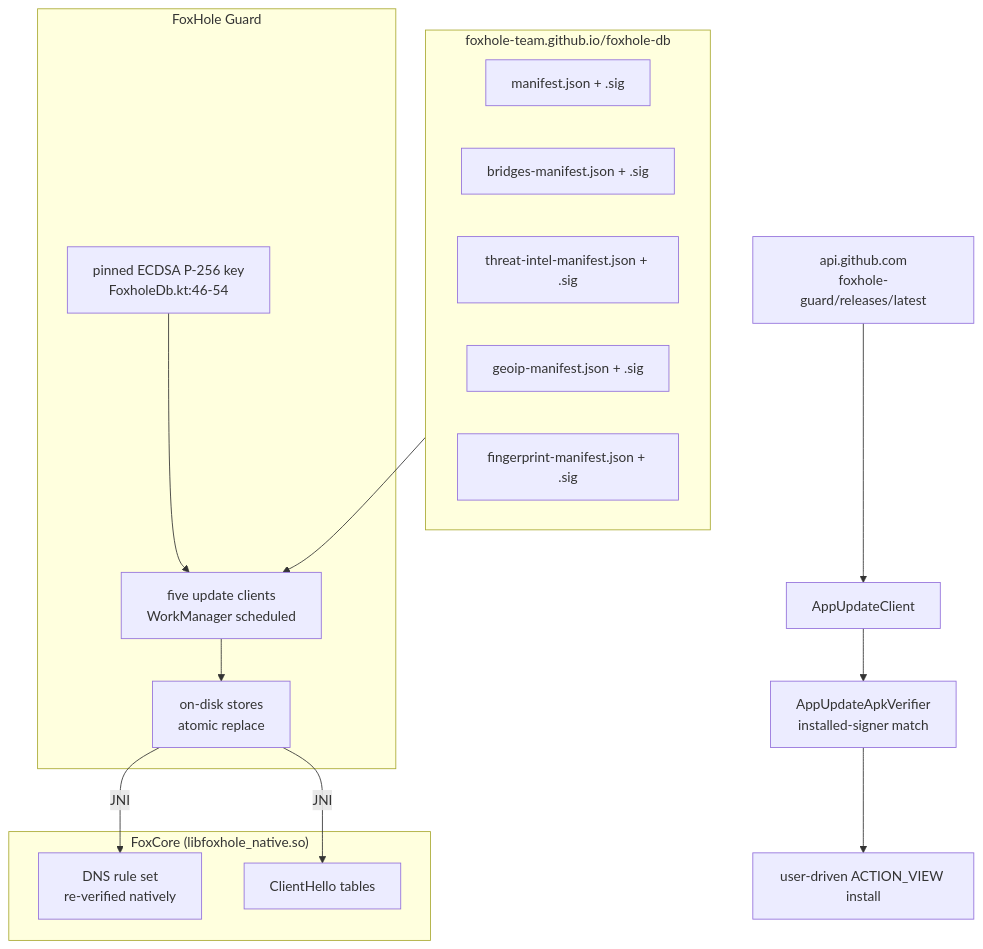
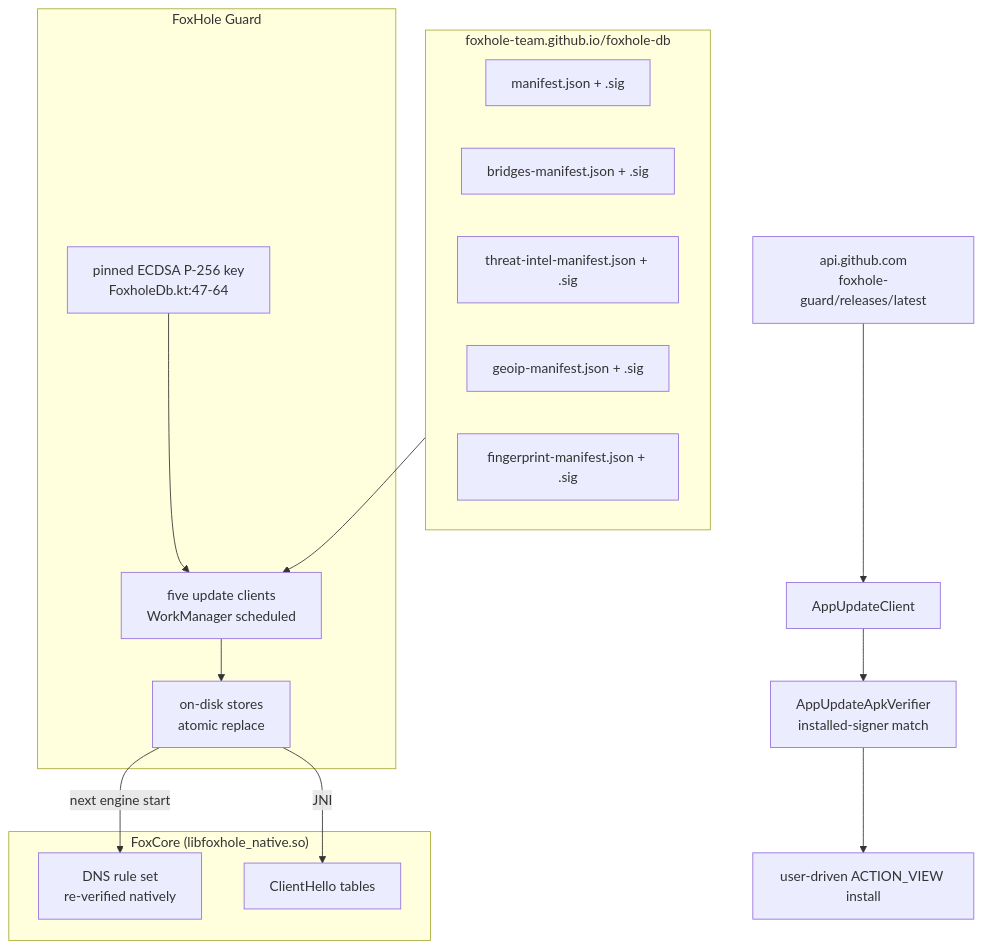
One commit to foxhole-team/foxhole-core changed the first of 6 diagrams in docs/architecture/03-updates-and-data-delivery.md. Above: the diagram before and after it, drawn with Mermaid. The commit also changed other lines of this file and 244 other files, not shown here.

````diff
--- a/docs/architecture/03-updates-and-data-delivery.md
+++ b/docs/architecture/03-updates-and-data-delivery.md
@@ -12,31 +12,31 @@
 ```mermaid
 flowchart TD
     subgraph db["foxhole-team.github.io/foxhole-db"]
         M1["manifest.json + .sig"]
         M2["bridges-manifest.json + .sig"]
         M3["threat-intel-manifest.json + .sig"]
         M4["geoip-manifest.json + .sig"]
         M5["fingerprint-manifest.json + .sig"]
     end
 
     subgraph app["FoxHole Guard"]
-        PK["pinned ECDSA P-256 key<br/>FoxholeDb.kt:46-54"]
+        PK["pinned ECDSA P-256 key<br/>FoxholeDb.kt:47-64"]
         UC["five update clients<br/>WorkManager scheduled"]
         ST["on-disk stores<br/>atomic replace"]
     end
 
     subgraph core["FoxCore (libfoxhole_native.so)"]
         RS["DNS rule set<br/>re-verified natively"]
         FP["ClientHello tables"]
     end
 
     db --> UC
     PK --> UC
     UC --> ST
-    ST -->|JNI| RS
+    ST -->|next engine start| RS
     ST -->|JNI| FP
 
     GH["api.github.com<br/>foxhole-guard/releases/latest"] --> AU["AppUpdateClient"]
     AU --> AV["AppUpdateApkVerifier<br/>installed-signer match"]
     AV --> INS["user-driven ACTION_VIEW install"]
 ```
````
